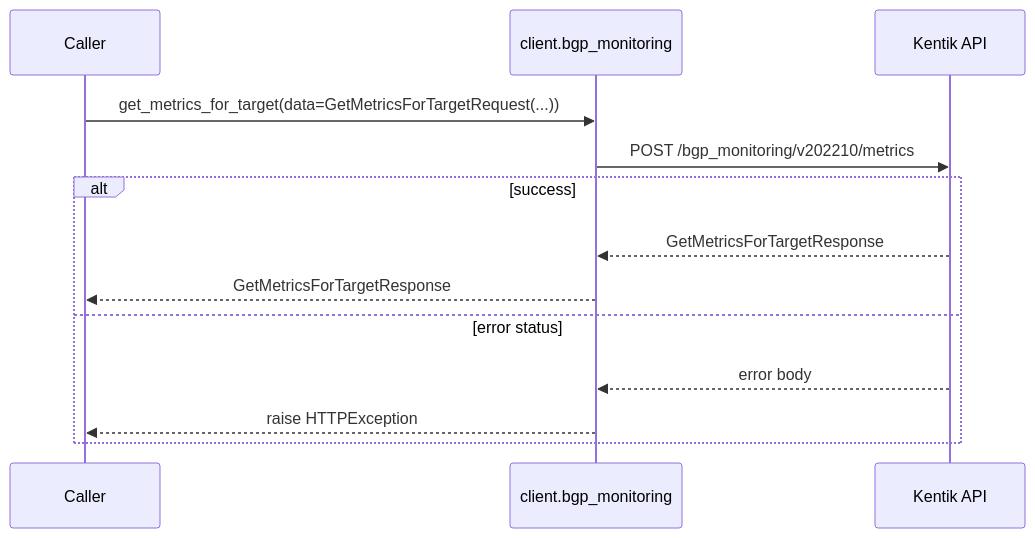
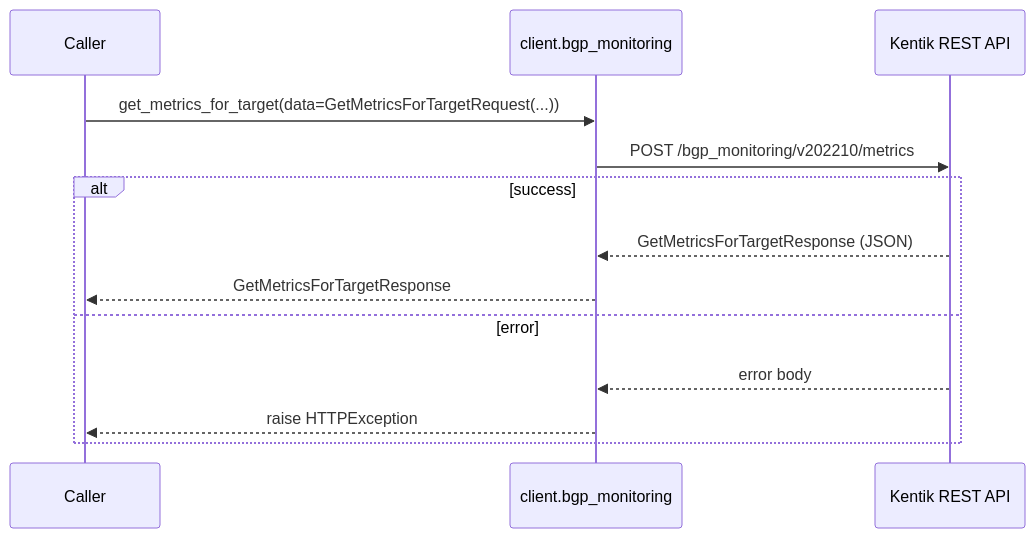
One commit to alexdearaujo/community_sdk_python changed the second of 18 diagrams in docs/sphinx/services/bgp_monitoring.md. Above: the diagram before and after it, drawn with Mermaid. The commit also changed other lines of this file and 61 other files, not shown here.

````diff
--- a/docs/sphinx/services/bgp_monitoring.md
+++ b/docs/sphinx/services/bgp_monitoring.md
@@ -35,16 +37,16 @@
 ```mermaid
 sequenceDiagram
     participant C as Caller
     participant W as client.bgp_monitoring
-    participant API as Kentik API
+    participant API as Kentik REST API
 
     C->>W: get_metrics_for_target(data=GetMetricsForTargetRequest(...))
     W->>API: POST /bgp_monitoring/v202210/metrics
     alt success
-        API-->>W: GetMetricsForTargetResponse
+        API-->>W: GetMetricsForTargetResponse (JSON)
         W-->>C: GetMetricsForTargetResponse
-    else error status
+    else error
         API-->>W: error body
         W-->>C: raise HTTPException
     end
 ```
````
